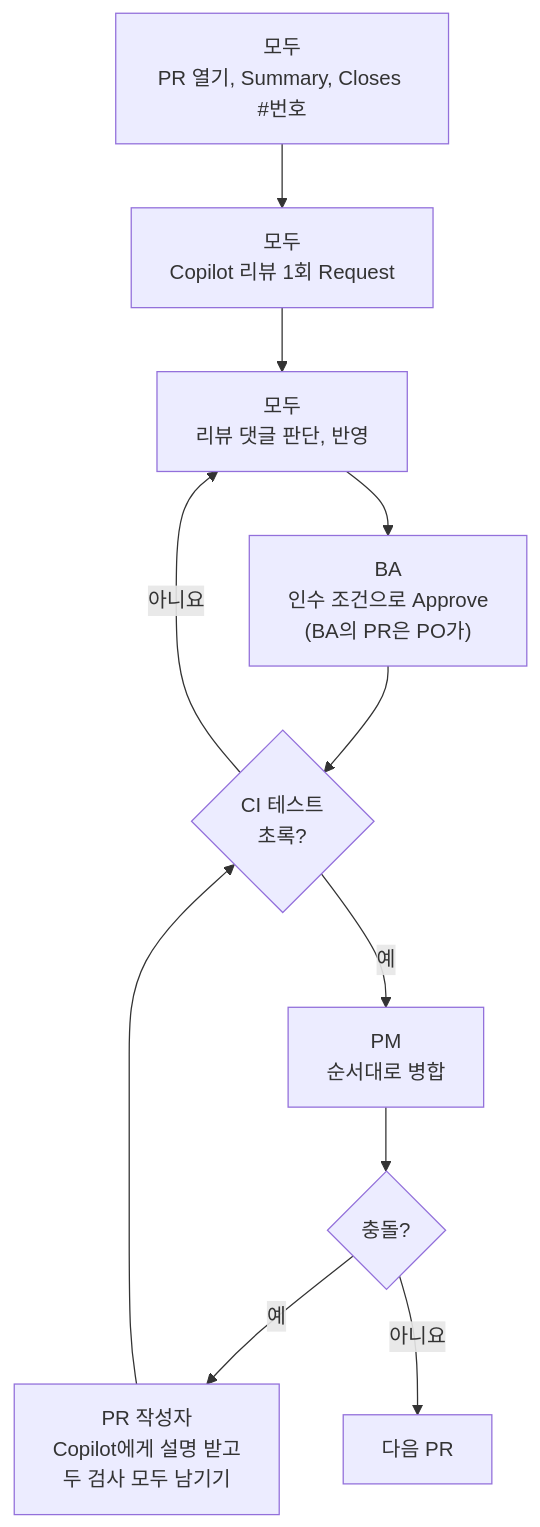
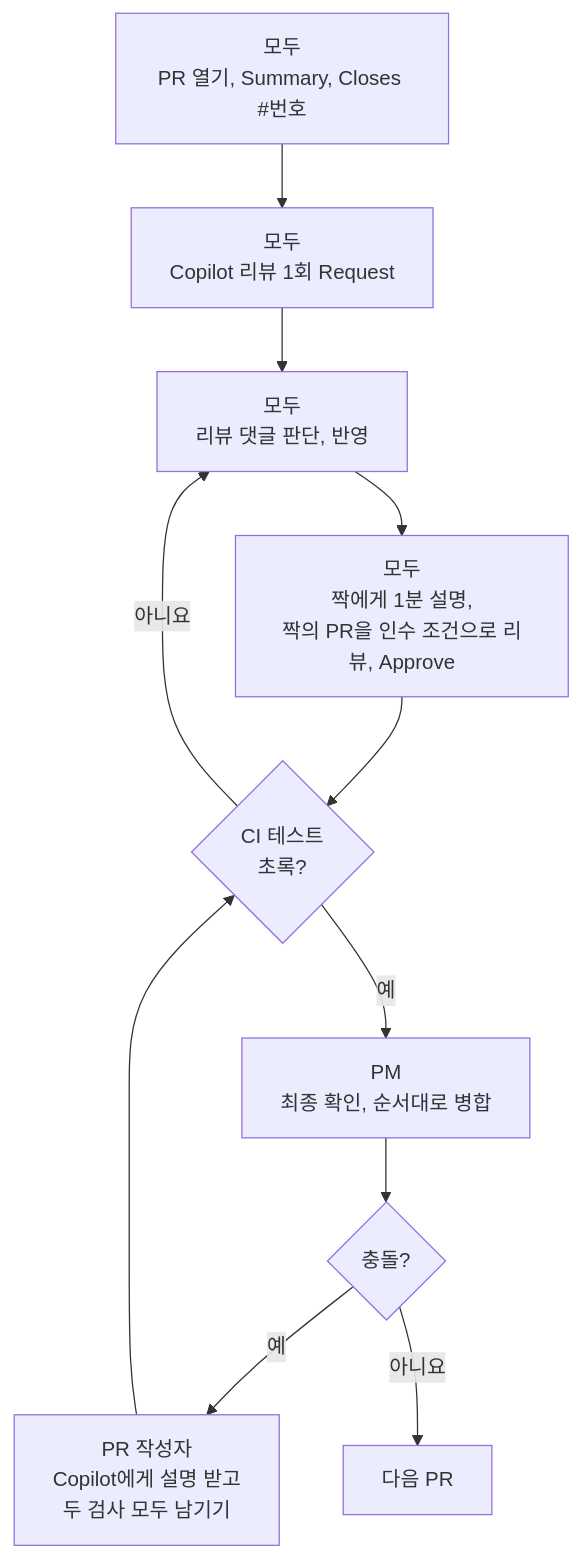
Before and after one commit to skilleat-labs/github-300-lab: the diagram in docs/class6/mission-1.md, drawn with Mermaid. The commit also changed other lines of this file and 2 other files, not shown here.

Commit message:
6-1 사람 리뷰를 짝 리뷰로: 짝에게 1분 설명, 돌아가며 서로의 PR 리뷰, PM 최종 확인 후 병합

````diff
--- a/docs/class6/mission-1.md
+++ b/docs/class6/mission-1.md
@@ -17,13 +17,13 @@
 ```mermaid
 flowchart TB
     A["모두<br/>PR 열기, Summary, Closes #번호"] --> B["모두<br/>Copilot 리뷰 1회 Request"]
     B --> C["모두<br/>리뷰 댓글 판단, 반영"]
-    C --> D["BA<br/>인수 조건으로 Approve<br/>(BA의 PR은 PO가)"]
+    C --> D["모두<br/>짝에게 1분 설명,<br/>짝의 PR을 인수 조건으로 리뷰, Approve"]
     D --> E{"CI 테스트<br/>초록?"}
     E -->|아니요| C
-    E -->|예| F["PM<br/>순서대로 병합"]
+    E -->|예| F["PM<br/>최종 확인, 순서대로 병합"]
     F --> G{"충돌?"}
     G -->|예| H["PR 작성자<br/>Copilot에게 설명 받고<br/>두 검사 모두 남기기"]
     H --> E
     G -->|아니요| I["다음 PR"]
 ```
````
